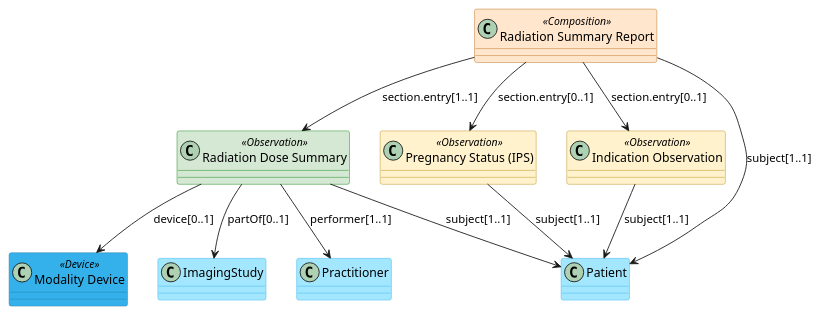
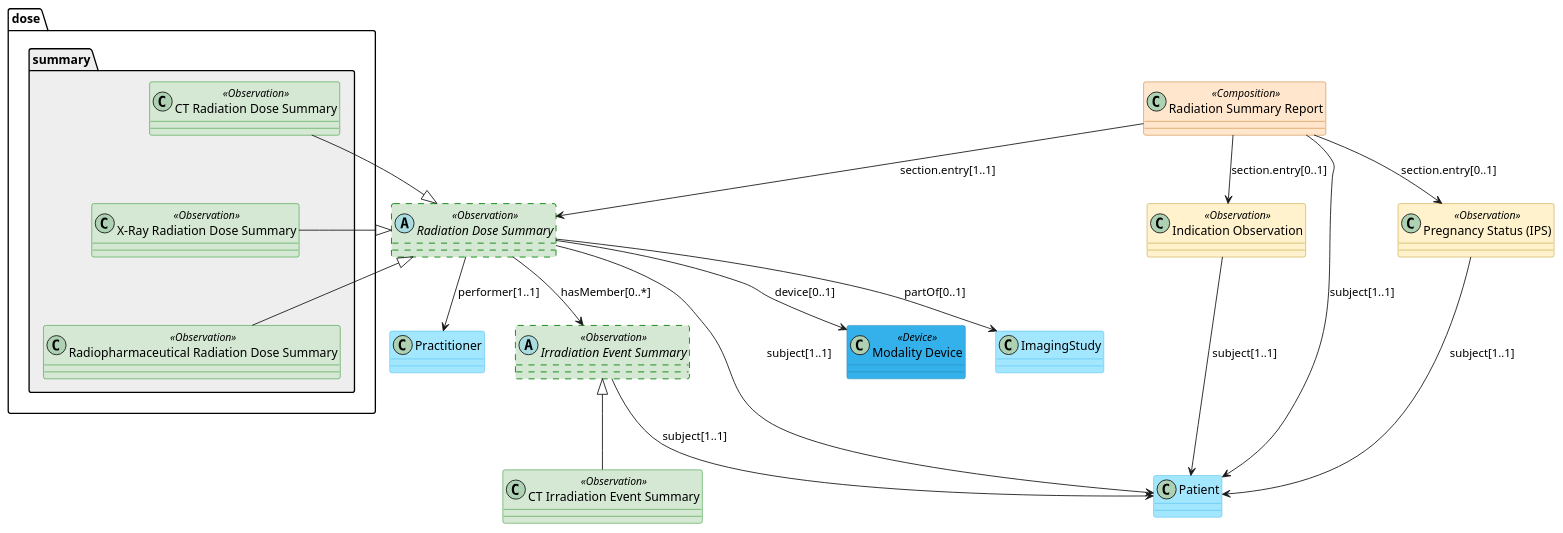
Before and after one commit to HL7/fhir-radiation-dose-summary-ig: the diagram in input/images-source/archi.plantuml, drawn with PlantUML. The commit also changed 25 other files, not shown here.

```diff
--- a/input/images-source/archi.plantuml
+++ b/input/images-source/archi.plantuml
@@ -1,21 +1,44 @@
 @startuml archi
 class "Radiation Summary Report" as RSR <<Composition>> #ffe6cc ##b86611
-class "Radiation Dose Summary" as DoseSummary <<Observation>> #d5e8d4 ##green 
+abstract class "Radiation Dose Summary" as DoseSummary <<Observation>> #d5e8d4 ##[dashed]green 
 class "Pregnancy Status (IPS)" as PregnancyStatus <<Observation>> #fff2cc ##b3880c
 class "Indication Observation" as Indication <<Observation>> #fff2cc ##b3880c
 class "Modality Device" as Modality <<Device>> #34b1eb ##217aa3
+abstract class "Irradiation Event Summary" as IrradiationEvent <<Observation>> #d5e8d4 ##[dashed]green 
+class "CT Irradiation Event Summary" as CTIrradiationEvent <<Observation>> #d5e8d4 ##green
 class "ImagingStudy" as ImagingStudy #a3e7ff ##34b1eb
 class "Patient" as Patient #a3e7ff ##34b1eb
 class "Practitioner" as Practitioner #a3e7ff ##34b1eb
+namespace dose.summary #EEEEEE { 
+   class "CT Radiation Dose Summary" as CTDoseSummary <<Observation>> #d5e8d4 ##green
+   class "X-Ray Radiation Dose Summary"  as XRayDoseSummary <<Observation>> #d5e8d4 ##green
+   class "Radiopharmaceutical Radiation Dose Summary"  as NMDoseSummary <<Observation>> #d5e8d4 ##green
+   .DoseSummary <|-- CTDoseSummary
+   .DoseSummary <|-- XRayDoseSummary
+   .DoseSummary <|-- NMDoseSummary
+   CTDoseSummary  -[hidden]down-> .Modality
+   CTDoseSummary  -[hidden]down-> .ImagingStudy
+   CTDoseSummary  -[hidden]down-> .Practitioner
+   CTDoseSummary  -[hidden]down-> .Patient
+   CTDoseSummary  -[hidden]down-> XRayDoseSummary
+   XRayDoseSummary -[hidden]down-> NMDoseSummary
+   CTDoseSummary -[hidden]down-> .DoseSummary
+   NMDoseSummary -[hidden]down-> .DoseSummary
+   XRayDoseSummary-[hidden]down-> .DoseSummary
+}
 
+IrradiationEvent <|-- CTIrradiationEvent
 DoseSummary   -down-> Patient : subject[1..1]
 DoseSummary   -down-> Practitioner : performer[1..1]
 DoseSummary   -down-> ImagingStudy : partOf[0..1]
+DoseSummary   -down-> IrradiationEvent : hasMember[0..*]
 DoseSummary   -down-> Modality : device[0..1]
+IrradiationEvent  -down-> Patient : subject[1..1]
 PregnancyStatus  -down-> Patient : subject[1..1]
 Indication  -down-> Patient : subject[1..1]
 RSR -down-> Patient : subject[1..1]
 RSR  -down-> DoseSummary  : section.entry[1..1]
+RSR  -[hidden]left-> dose.summary.CTDoseSummary
 RSR  -down-> PregnancyStatus : section.entry[0..1]
 RSR  -down-> Indication : section.entry[0..1]
 @enduml
```
